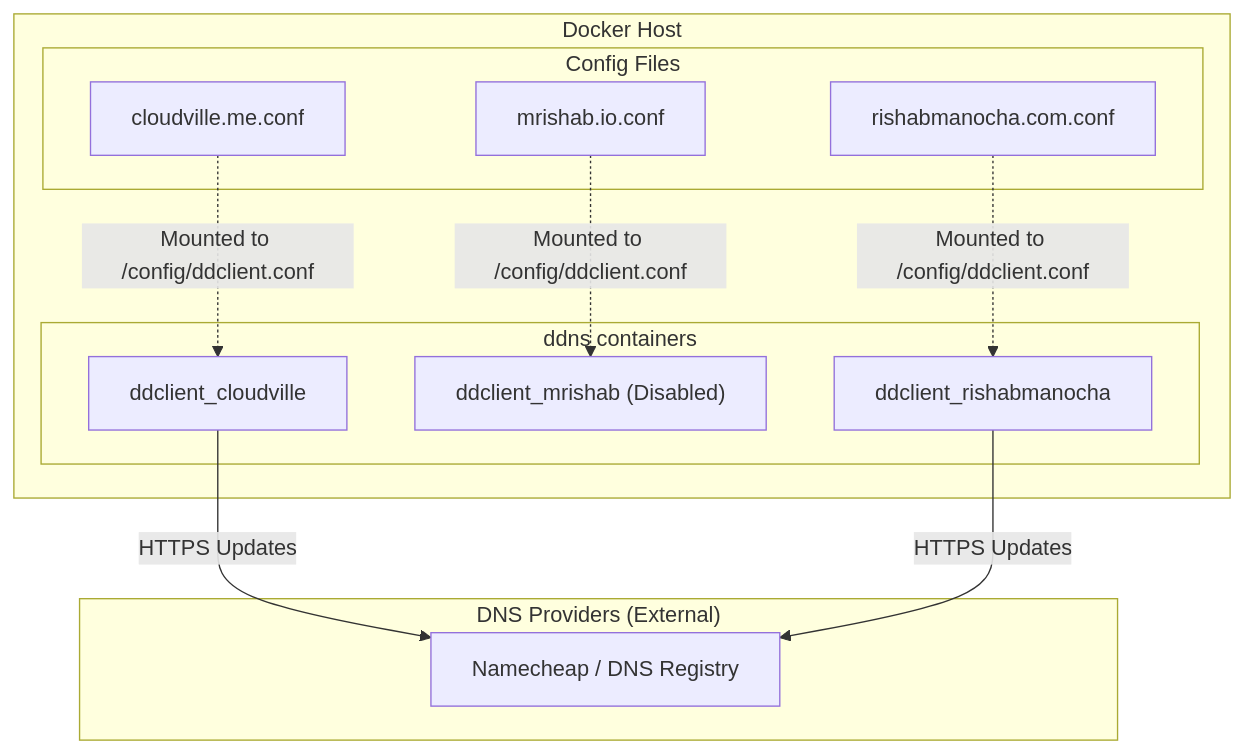
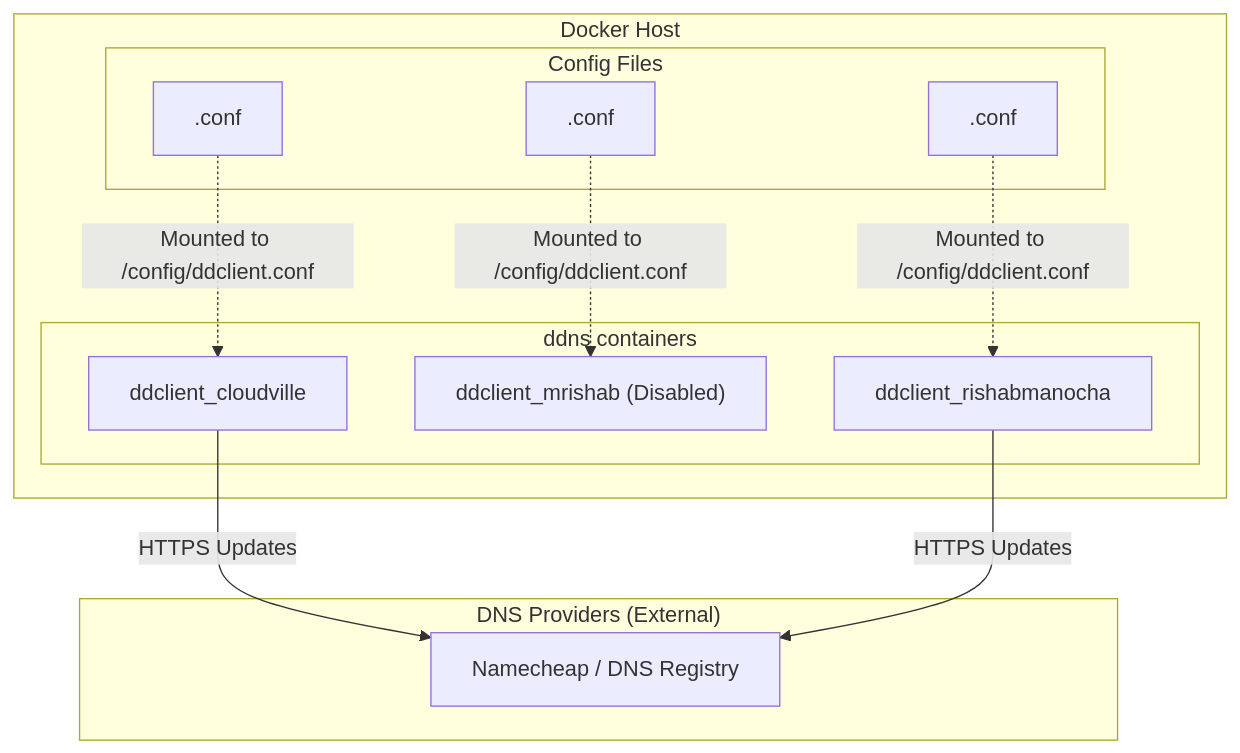
One commit to mrishab/anton-apps changed the diagram in apps/ddns/README.md. Above: the diagram before and after it, drawn with Mermaid. The commit also changed other lines of this file and 12 other files, not shown here.

````diff
--- a/apps/ddns/README.md
+++ b/apps/ddns/README.md
@@ -7,29 +7,29 @@
 ```mermaid
 graph TD
     subgraph "Docker Host"
         subgraph "ddns containers"
             C1["ddclient_cloudville"]
             C2["ddclient_mrishab (Disabled)"]
             C3["ddclient_rishabmanocha"]
         end
         
         subgraph "Config Files"
-            F1["cloudville.me.conf"]
-            F2["mrishab.io.conf"]
-            F3["rishabmanocha.com.conf"]
+            F1["<your-domain>.conf"]
+            F2["<your-other-domain>.conf"]
+            F3["<your-personal-domain>.conf"]
         end
     end
 
     subgraph "DNS Providers (External)"
         P1["Namecheap / DNS Registry"]
     end
 
     %% Volume Mounts
     F1 -.->|Mounted to /config/ddclient.conf| C1
     F2 -.->|Mounted to /config/ddclient.conf| C2
     F3 -.->|Mounted to /config/ddclient.conf| C3
 
     %% Updates
     C1 -->|HTTPS Updates| P1
     C3 -->|HTTPS Updates| P1
 ```
````
